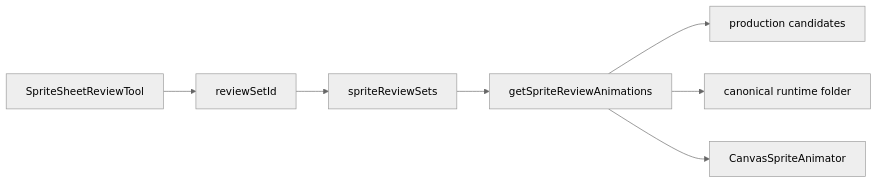
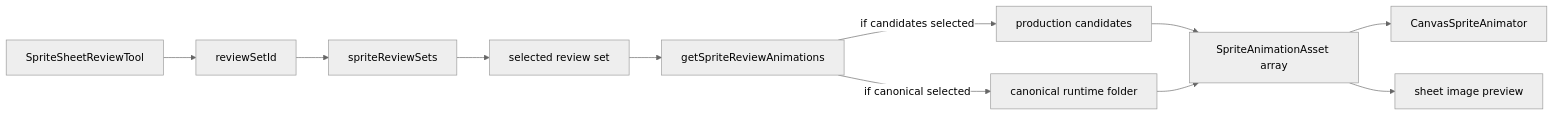
One commit to Mureung1/hub-showcase changed the fifth of 5 diagrams in docs/architecture-data-flow.md. Above: the diagram before and after it, drawn with Mermaid (neutral theme). The commit also changed other lines of this file and 36 other files, not shown here.

Commit message:
Add sprite review placement tooling

````diff
--- a/docs/architecture-data-flow.md
+++ b/docs/architecture-data-flow.md
@@ -180,17 +219,24 @@
 ```mermaid
 flowchart LR
   ReviewTool["SpriteSheetReviewTool"]
   ReviewSetId["reviewSetId"]
   ReviewSets["spriteReviewSets"]
+  SelectedSet["selected review set"]
   GetReview["getSpriteReviewAnimations"]
   Candidate["production candidates"]
   Canonical["canonical runtime folder"]
+  AnimationData["SpriteAnimationAsset array"]
   Canvas["CanvasSpriteAnimator"]
+  SheetImg["sheet image preview"]
 
   ReviewTool --> ReviewSetId
   ReviewSetId --> ReviewSets
-  ReviewSets --> GetReview
-  GetReview --> Candidate
-  GetReview --> Canonical
-  GetReview --> Canvas
+  ReviewSets --> SelectedSet
+  SelectedSet --> GetReview
+  GetReview -->|"if candidates selected"| Candidate
+  GetReview -->|"if canonical selected"| Canonical
+  Candidate --> AnimationData
+  Canonical --> AnimationData
+  AnimationData --> Canvas
+  AnimationData --> SheetImg
 ```
````
